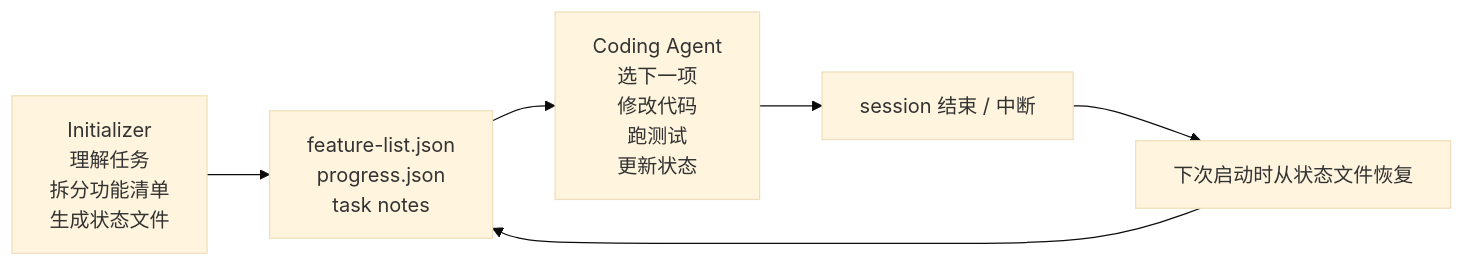
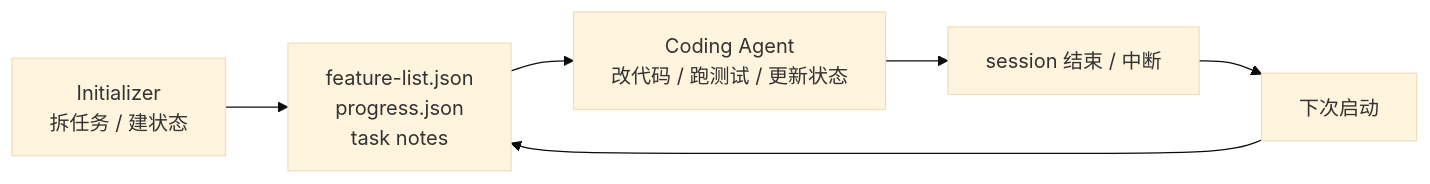
Before and after one commit to liuqitoday/personal-blog: the seventh of 8 diagrams in src/content/blog/ai-agent-chatbot-to-coding-agent.md, drawn with Mermaid (base theme). The commit also changed other lines of this file and 2 other files, not shown here.

Commit message:
Refine Mermaid diagram rendering and layouts

````diff
--- a/src/content/blog/ai-agent-chatbot-to-coding-agent.md
+++ b/src/content/blog/ai-agent-chatbot-to-coding-agent.md
@@ -492,8 +487,8 @@
 ```mermaid
 flowchart LR
-  I["Initializer<br/>理解任务<br/>拆分功能清单<br/>生成状态文件"] --> S["feature-list.json<br/>progress.json<br/>task notes"]
-  S --> C["Coding Agent<br/>选下一项<br/>修改代码<br/>跑测试<br/>更新状态"]
+  I["Initializer<br/>拆任务 / 建状态"] --> S["feature-list.json<br/>progress.json<br/>task notes"]
+  S --> C["Coding Agent<br/>改代码 / 跑测试 / 更新状态"]
   C --> E["session 结束 / 中断"]
-  E --> R["下次启动时从状态文件恢复"]
+  E --> R["下次启动"]
   R --> S
 ```
````
